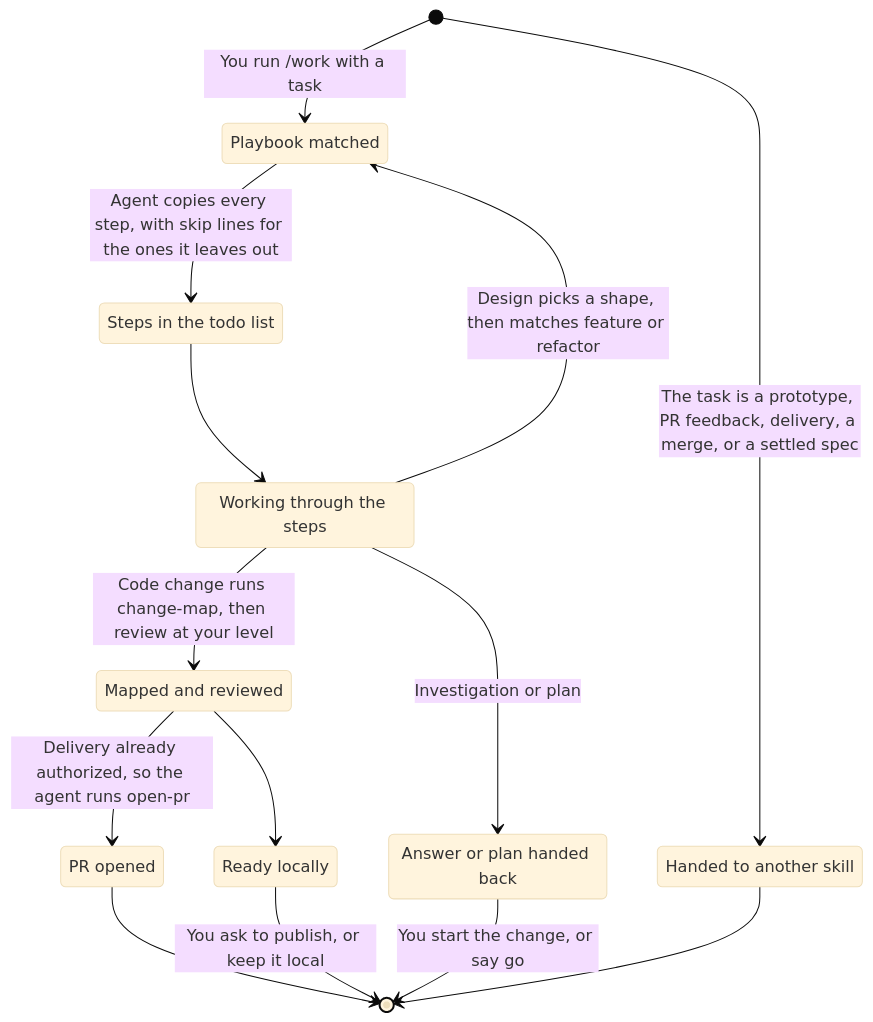
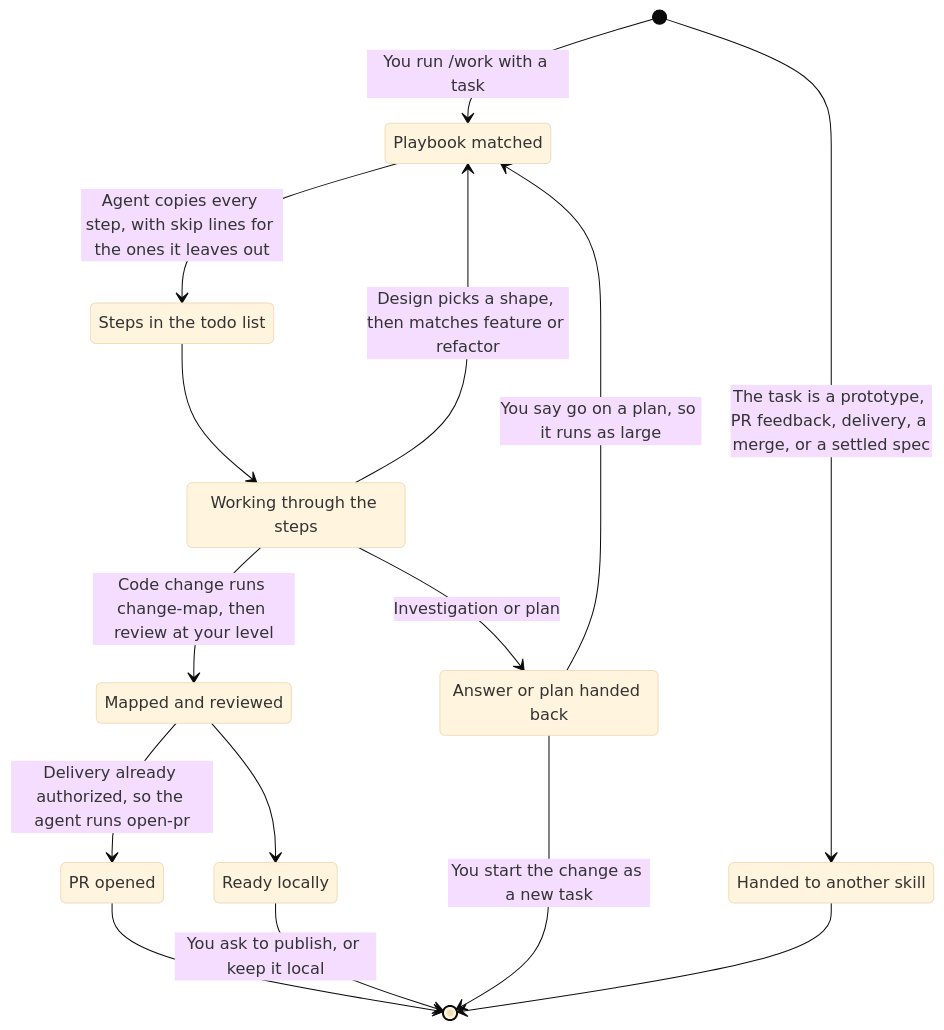
One commit to jvillegasd/harness changed the first of 4 diagrams in docs/workflow.md. Above: the diagram before and after it, drawn with Mermaid (base theme). The commit also changed 2 other files, not shown here.

Commit message:
fix(work): end autopilot at a written plan; run go as large without re-matching the plan

````diff
--- a/docs/workflow.md
+++ b/docs/workflow.md
@@ -36,25 +36,26 @@
 ```mermaid
 stateDiagram-v2
     state "Playbook matched" as Matched
     state "Steps in the todo list" as Steps
     state "Working through the steps" as Working
     state "Mapped and reviewed" as Reviewed
     state "Answer or plan handed back" as Answered
     state "PR opened" as Opened
     state "Ready locally" as Ready
     state "Handed to another skill" as Routed
 
     [*] --> Matched: You run /work with a task
     [*] --> Routed: The task is a prototype, PR feedback, delivery, a merge, or a settled spec
     Matched --> Steps: Agent copies every step, with skip lines for the ones it leaves out
     Steps --> Working
     Working --> Reviewed: Code change runs change-map, then review at your level
     Working --> Answered: Investigation or plan
     Working --> Matched: Design picks a shape, then matches feature or refactor
     Reviewed --> Ready
     Reviewed --> Opened: Delivery already authorized, so the agent runs open-pr
     Opened --> [*]
     Ready --> [*]: You ask to publish, or keep it local
-    Answered --> [*]: You start the change, or say go
+    Answered --> [*]: You start the change as a new task
+    Answered --> Matched: You say go on a plan, so it runs as large
     Routed --> [*]
 ```
````
